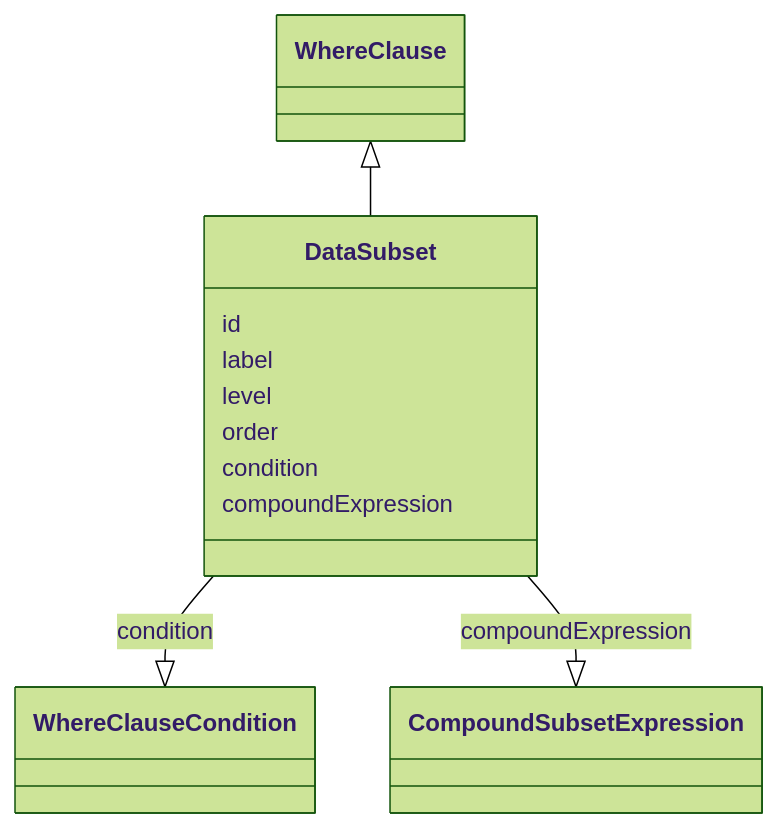
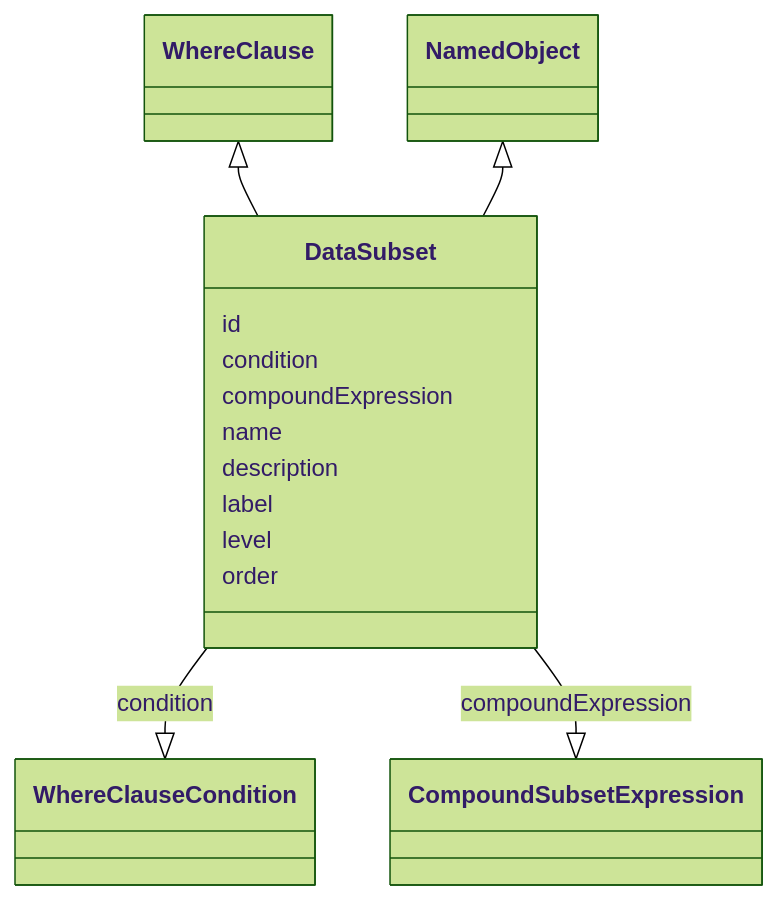
Before and after one commit to cdisc-org/analysis-results-standard: the diagram in project/docs/DataSubset.md, drawn with Mermaid (forest theme). The commit also changed other lines of this file and 174 other files, not shown here.

````diff
--- a/project/docs/DataSubset.md
+++ b/project/docs/DataSubset.md
@@ -13,15 +13,17 @@
 ```mermaid
  classDiagram
     class DataSubset
-      WhereClause <|-- DataSubset
-
+      WhereClause <|-- DataSubset        
+      NamedObject <|-- DataSubset        
       DataSubset : id
-        DataSubset : label
-        DataSubset : level
-        DataSubset : order
         DataSubset : condition
         DataSubset --|> WhereClauseCondition : condition
         DataSubset : compoundExpression
         DataSubset --|> CompoundSubsetExpression : compoundExpression
+        DataSubset : name
+        DataSubset : description
+        DataSubset : label
+        DataSubset : level
+        DataSubset : order
         
 ```
````
